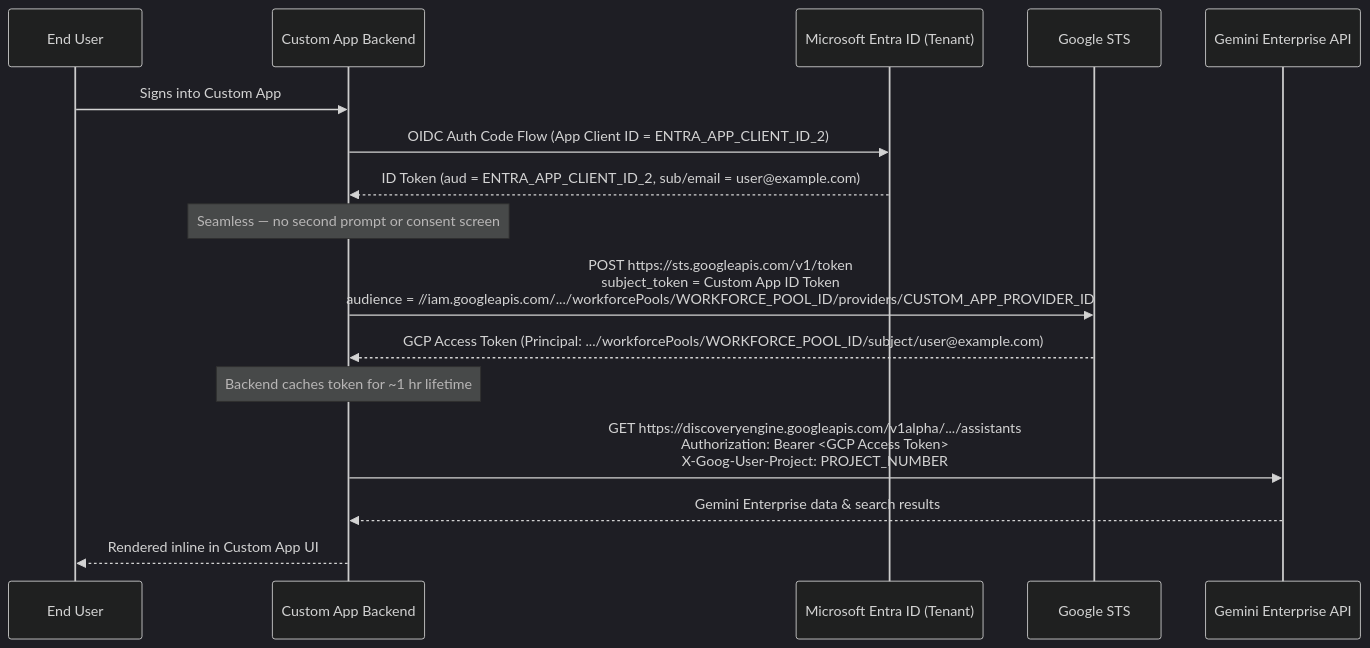
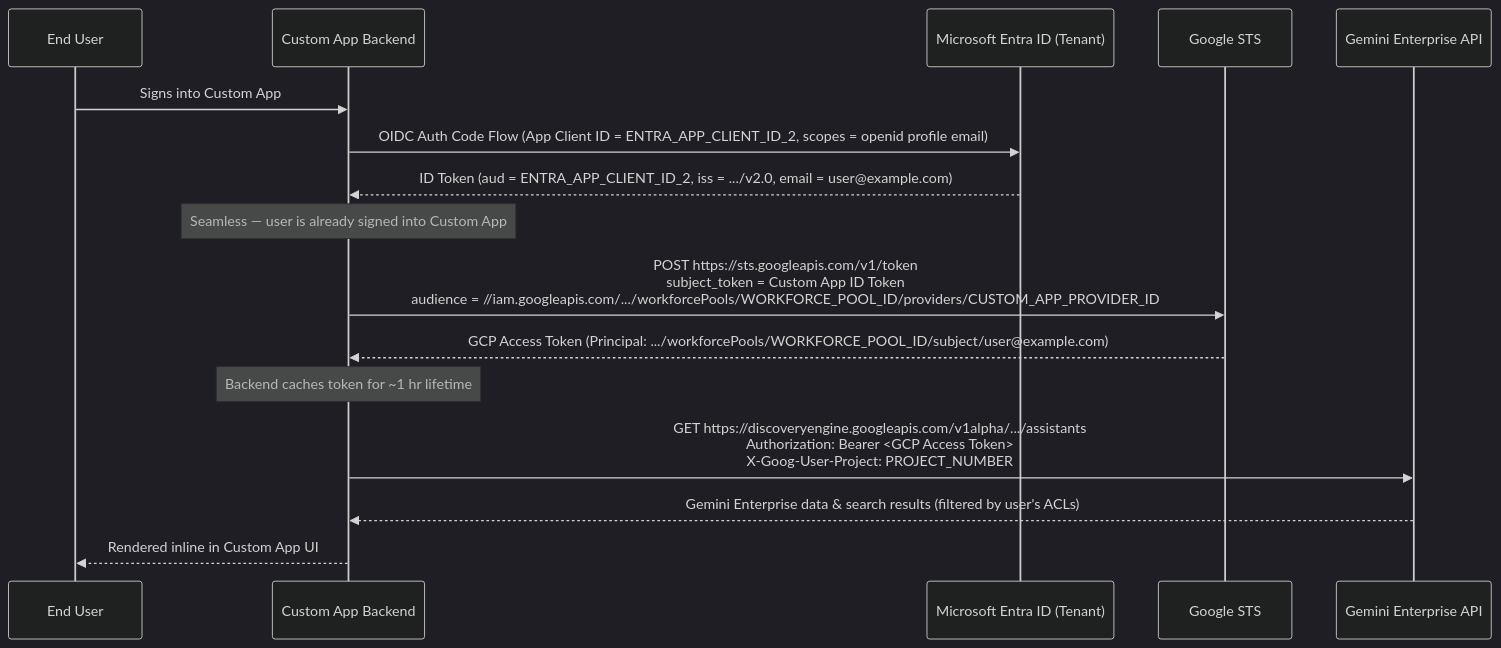
Before and after one commit to hermanmak/gemini-enterprise-api-explorer: the diagram in docs/AUTHENTICATION.md, drawn with Mermaid (dark theme). The commit also changed other lines of this file, not shown here.

Commit message:
docs(auth): verify WIF cross-app STS exchange, fix create-oidc flags, and add Entra ID token guidance

````diff
--- a/docs/AUTHENTICATION.md
+++ b/docs/AUTHENTICATION.md
@@ -123,21 +139,21 @@
 ```mermaid
 sequenceDiagram
     participant U as End User
     participant App as Custom App Backend
     participant E as Microsoft Entra ID (Tenant)
     participant S as Google STS
     participant G as Gemini Enterprise API
 
     U->>App: Signs into Custom App
-    App->>E: OIDC Auth Code Flow (App Client ID = ENTRA_APP_CLIENT_ID_2)
-    E-->>App: ID Token (aud = ENTRA_APP_CLIENT_ID_2, sub/email = user@example.com)
-    Note over App: Seamless — no second prompt or consent screen
+    App->>E: OIDC Auth Code Flow (App Client ID = ENTRA_APP_CLIENT_ID_2, scopes = openid profile email)
+    E-->>App: ID Token (aud = ENTRA_APP_CLIENT_ID_2, iss = .../v2.0, email = user@example.com)
+    Note over App: Seamless — user is already signed into Custom App
 
     App->>S: POST https://sts.googleapis.com/v1/token<br/>subject_token = Custom App ID Token<br/>audience = //iam.googleapis.com/.../workforcePools/WORKFORCE_POOL_ID/providers/CUSTOM_APP_PROVIDER_ID
     S-->>App: GCP Access Token (Principal: .../workforcePools/WORKFORCE_POOL_ID/subject/user@example.com)
     Note over App: Backend caches token for ~1 hr lifetime
 
     App->>G: GET https://discoveryengine.googleapis.com/v1alpha/.../assistants<br/>Authorization: Bearer <GCP Access Token><br/>X-Goog-User-Project: PROJECT_NUMBER
-    G-->>App: Gemini Enterprise data & search results
+    G-->>App: Gemini Enterprise data & search results (filtered by user's ACLs)
     App-->>U: Rendered inline in Custom App UI
 ```
````
